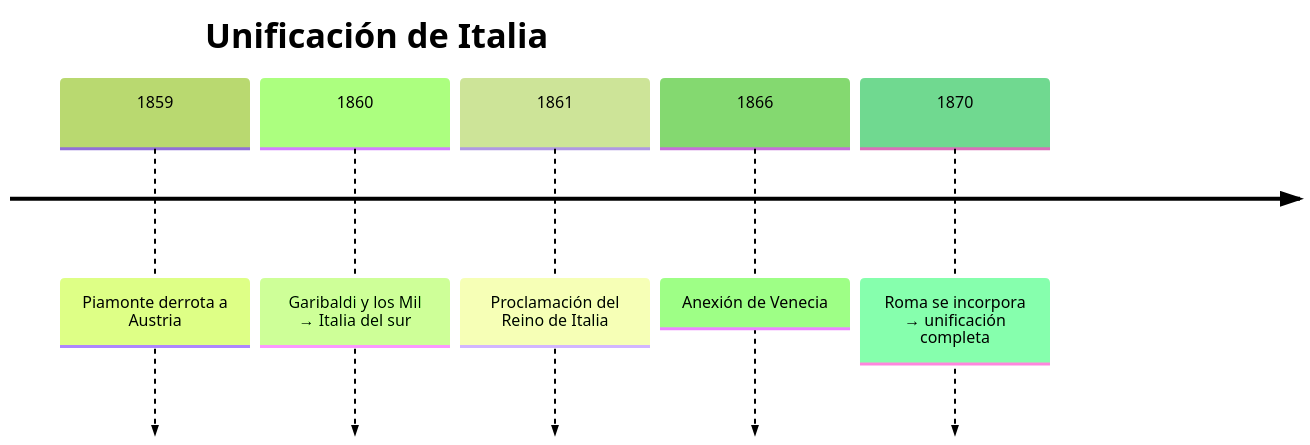
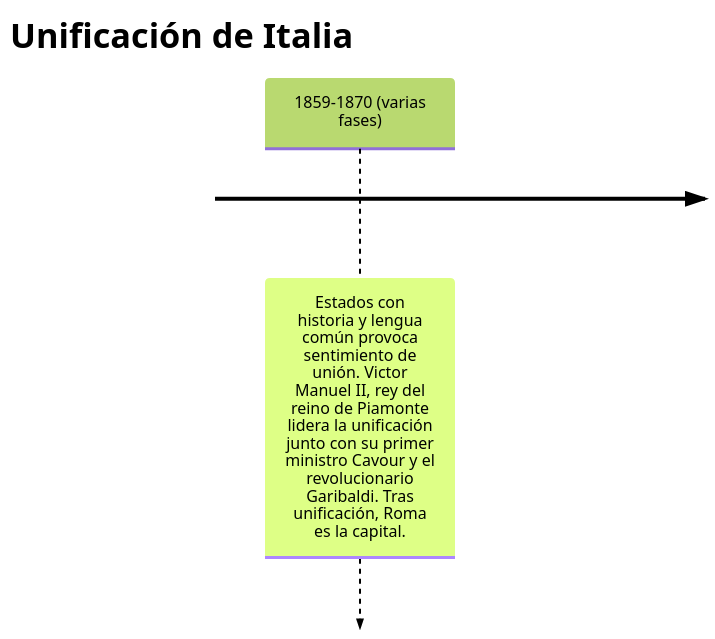
Before and after one commit to ajab138/OscarColegio: the ninth of 10 diagrams in Historia y Geografia/Tema2. Las revoluciones liberales.md, drawn with Mermaid (forest theme). The commit also changed other lines of this file, not shown here.

````diff
--- a/Historia y Geografia/Tema2. Las revoluciones liberales.md
+++ b/Historia y Geografia/Tema2. Las revoluciones liberales.md
@@ -165,9 +95,5 @@
 ```mermaid
 timeline
   title Unificación de Italia
-  1859 : Piamonte derrota a Austria
-  1860 : Garibaldi y los Mil → Italia del sur
-  1861 : Proclamación del Reino de Italia
-  1866 : Anexión de Venecia
-  1870 : Roma se incorpora → unificación completa
+  1859-1870 (varias fases) : Estados con historia y lengua común provoca sentimiento de unión. Victor Manuel II, rey del reino de Piamonte lidera la unificación junto con su primer ministro Cavour y el revolucionario Garibaldi. Tras unificación, Roma es la capital.
 ```
````
